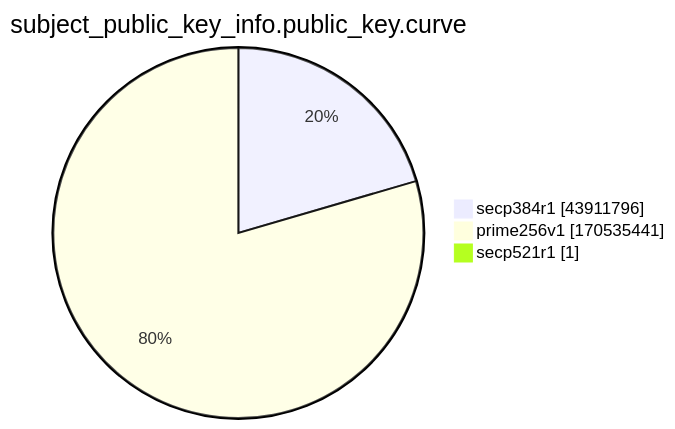
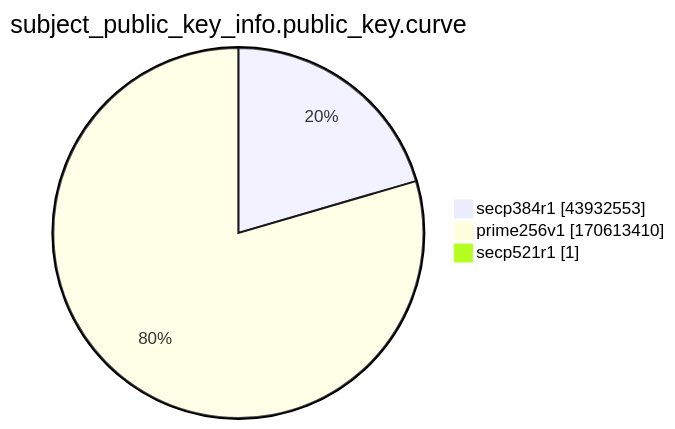
One commit to christiankrug/ctmonitor_visualization changed the ninth of 15 diagrams in xenon2022/README.md. Above: the diagram before and after it, drawn with Mermaid. The commit also changed other lines of this file, not shown here.

````diff
--- a/xenon2022/README.md
+++ b/xenon2022/README.md
@@ -2871,7 +2871,7 @@
 ```mermaid
 pie showData
 title subject_public_key_info.public_key.curve
-"secp384r1" :43911796
-"prime256v1" :170535441
+"secp384r1" :43932553
+"prime256v1" :170613410
 "secp521r1" :1
 ```
````
